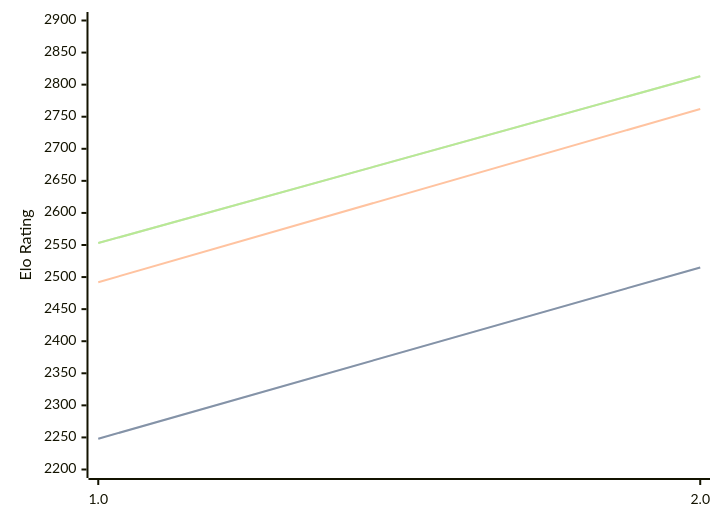
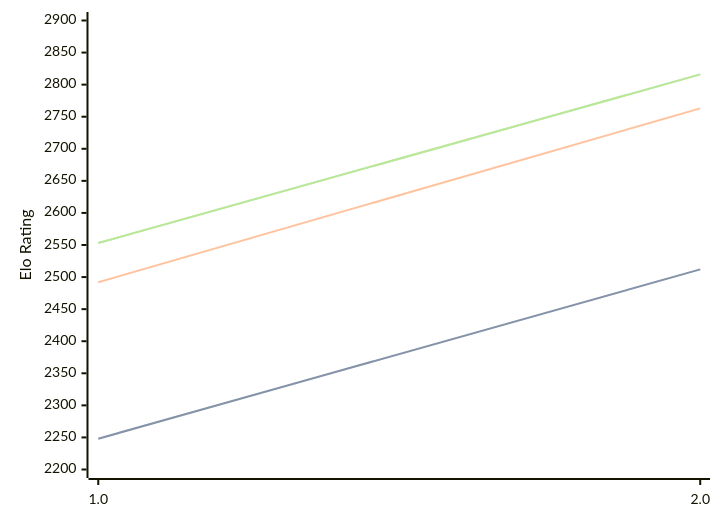
The diagram in engines/Revolver.md (computer-chess-index/cci), drawn with Mermaid before and after one commit. The commit also changed other lines of this file, not shown here.

Commit message:
Update CCI Ratings (ELO VLTC) - 2026-08-02

````diff
--- a/engines/Revolver.md
+++ b/engines/Revolver.md
@@ -32,11 +32,11 @@
 ```mermaid
 %%{init: {"theme":"base","themeVariables":{"seriesColors:['#a3a3a3','#222221','#faa371']}}}%%
 xychart-beta
   x-axis ["1.0", "2.0"]
   y-axis "Elo Rating" 2200 --> 2900
-  line "STC (8.0+0.08s)" [2248, 2515]
-  line "STC (8.0+0.08s)" [2248, 2515]
-  line "LTC (60.0+0.60s)" [2492, 2762]
-  line "VLTC (2m24s+1.12s)" [2553, 2813]
-  line "VLTC (2m24s+1.12s)" [2553, 2813]
+  line "STC (8.0+0.08s)" [2248, 2512]
+  line "STC (8.0+0.08s)" [2248, 2512]
+  line "LTC (60.0+0.60s)" [2492, 2763]
+  line "VLTC (2m24s+1.12s)" [2553, 2816]
+  line "VLTC (2m24s+1.12s)" [2553, 2816]
 ```
````
